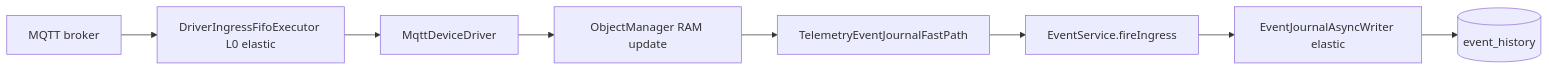
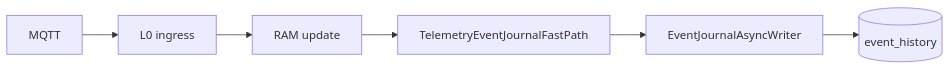
One commit to iot-solutions-ru/ispf changed the diagram in docs/en/decisions/0027-event-journal-ingress-fast-path.md. Above: the diagram before and after it, drawn with Mermaid. The commit also changed other lines of this file and 8 other files, not shown here.

````diff
--- a/docs/en/decisions/0027-event-journal-ingress-fast-path.md
+++ b/docs/en/decisions/0027-event-journal-ingress-fast-path.md
@@ -69,13 +25,8 @@
 ```mermaid
 flowchart LR
-    MQTT[MQTT broker]
-    L0[DriverIngressFifoExecutor L0 elastic]
-    DRV[MqttDeviceDriver]
-    RAM[ObjectManager RAM update]
-    EJF[TelemetryEventJournalFastPath]
-    ES[EventService.fireIngress]
-    EJW[EventJournalAsyncWriter elastic]
-    CH[(event_history)]
-
-    MQTT --> L0 --> DRV --> RAM --> EJF --> ES --> EJW --> CH
+  MQTT[MQTT] --> L0[L0 ingress]
+  L0 --> RAM[RAM update]
+  RAM --> EJF[TelemetryEventJournalFastPath]
+  EJF --> EJW[EventJournalAsyncWriter]
+  EJW --> STORE[(event_history)]
 ```
````
